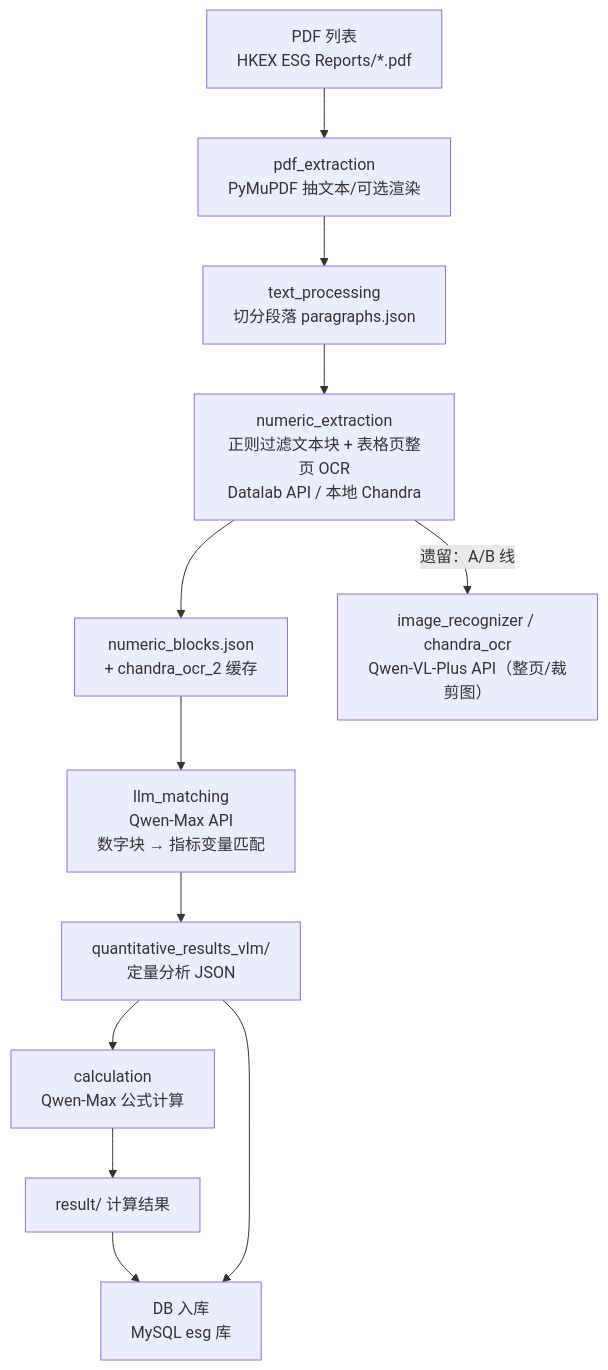
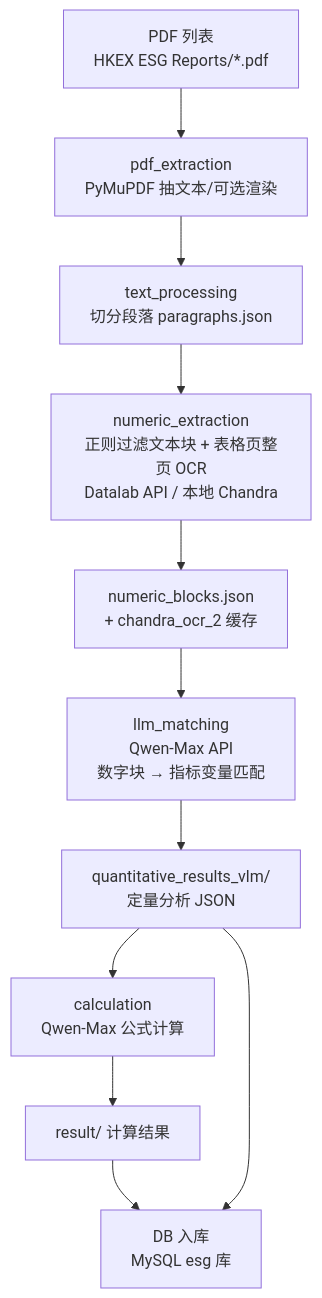
One commit to Evelyn-atg/esg-sync changed the diagram in memory_docs/ESG_Pipeline_Full_Workflow.md. Above: the diagram before and after it, drawn with Mermaid. The commit also changed other lines of this file, not shown here.

Commit message:
docs: remove legacy A/B lines (mermaid node, chain list, cost note)

````diff
--- a/memory_docs/ESG_Pipeline_Full_Workflow.md
+++ b/memory_docs/ESG_Pipeline_Full_Workflow.md
@@ -12,14 +12,13 @@
 ```mermaid
 flowchart TB
     A["PDF 列表<br/>HKEX ESG Reports/*.pdf"] --> B["pdf_extraction<br/>PyMuPDF 抽文本/可选渲染"]
     B --> C["text_processing<br/>切分段落 paragraphs.json"]
     C --> D["numeric_extraction<br/>正则过滤文本块 + 表格页整页 OCR<br/>Datalab API / 本地 Chandra"]
     D --> E["numeric_blocks.json<br/>+ chandra_ocr_2 缓存"]
     E --> F["llm_matching<br/>Qwen-Max API<br/>数字块 → 指标变量匹配"]
     F --> G["quantitative_results_vlm/<br/>定量分析 JSON"]
     G --> H["calculation<br/>Qwen-Max 公式计算"]
     H --> I["result/ 计算结果"]
-    D -->|"遗留：A/B 线"| K["image_recognizer / chandra_ocr<br/>Qwen-VL-Plus API（整页/裁剪图）"]
     I --> L["DB 入库<br/>MySQL esg 库"]
     G --> L
 ```
````
